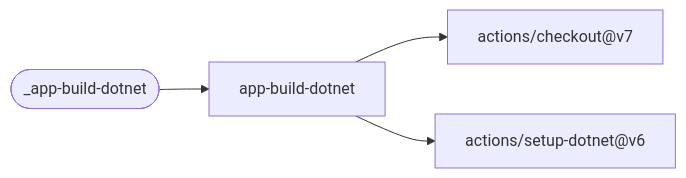
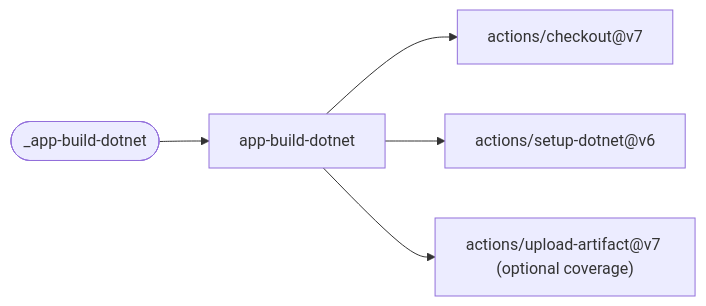
Before and after one commit to f2calv/gha-workflows: the second of 16 diagrams in README.md, drawn with Mermaid. The commit also changed other lines of this file, not shown here.

````diff
--- a/README.md
+++ b/README.md
@@ -98,7 +246,8 @@
 ```mermaid
 flowchart LR
     classDef f2calv fill:#dbeafe,stroke:#2563eb,color:#1e3a5f
     W(["_app-build-dotnet"]) --> J["app-build-dotnet"]
     J --> A1["actions/checkout@v7"]
     J --> A2["actions/setup-dotnet@v6"]
+    J --> A3["actions/upload-artifact@v7 (optional coverage)"]
 ```
````
